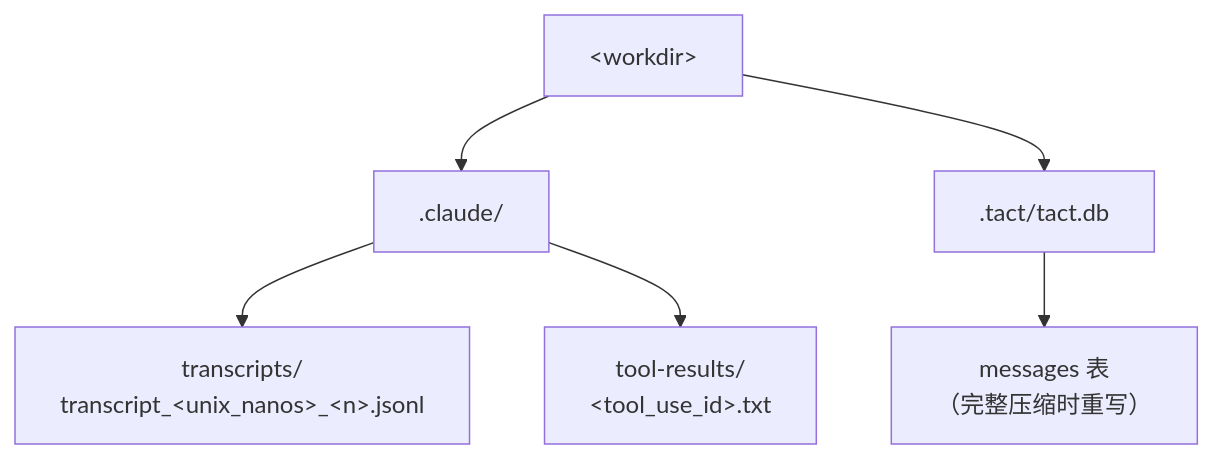
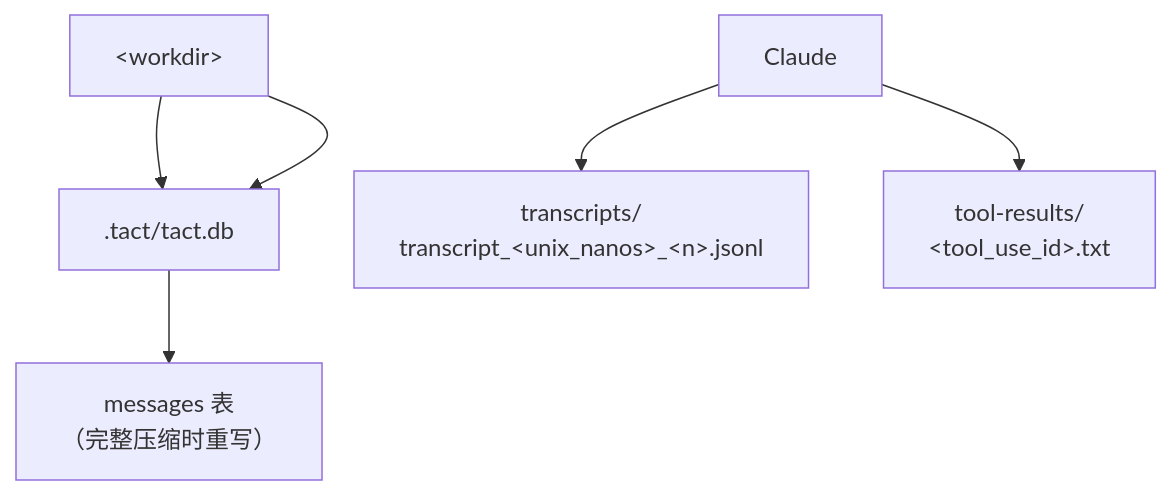
Diagram 14 of 15 in book/05_chapter_compact_zh.md (rust-infra/tact), drawn with Mermaid before and after one commit. The commit also changed other lines of this file and 83 other files, not shown here.

````diff
--- a/book/05_chapter_compact_zh.md
+++ b/book/05_chapter_compact_zh.md
@@ -558,9 +628,9 @@
 ```mermaid
 flowchart TB
     WD["&lt;workdir&gt;"]
-    WD --> Claude[".claude/"]
+    WD --> Tact[".tact/"]
     Claude --> TR["transcripts/<br/>transcript_&lt;unix_nanos&gt;_&lt;n&gt;.jsonl"]
     Claude --> OR["tool-results/<br/>&lt;tool_use_id&gt;.txt"]
     WD --> Tact[".tact/tact.db"]
     Tact --> Msg["messages 表<br/>（完整压缩时重写）"]
 ```
````
